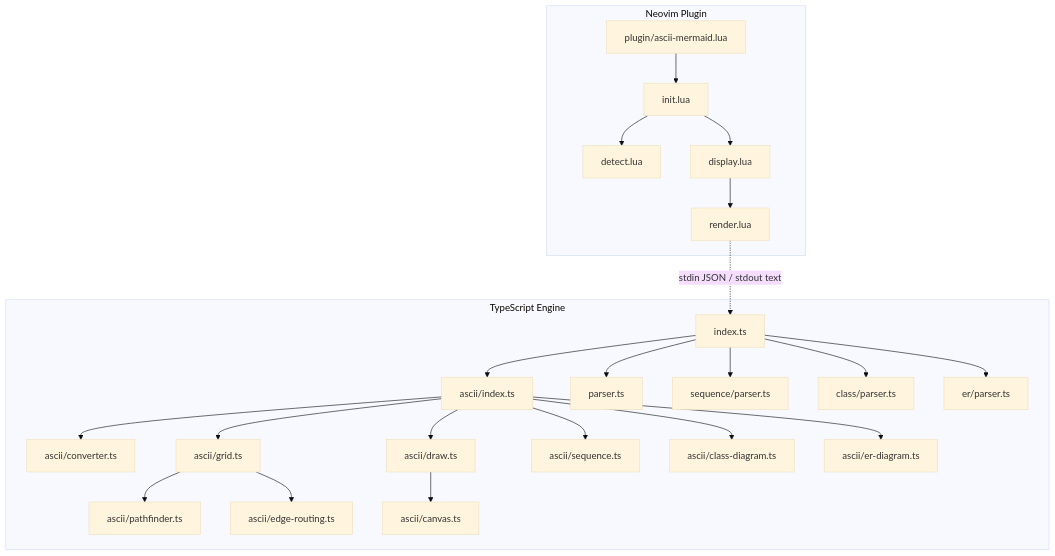
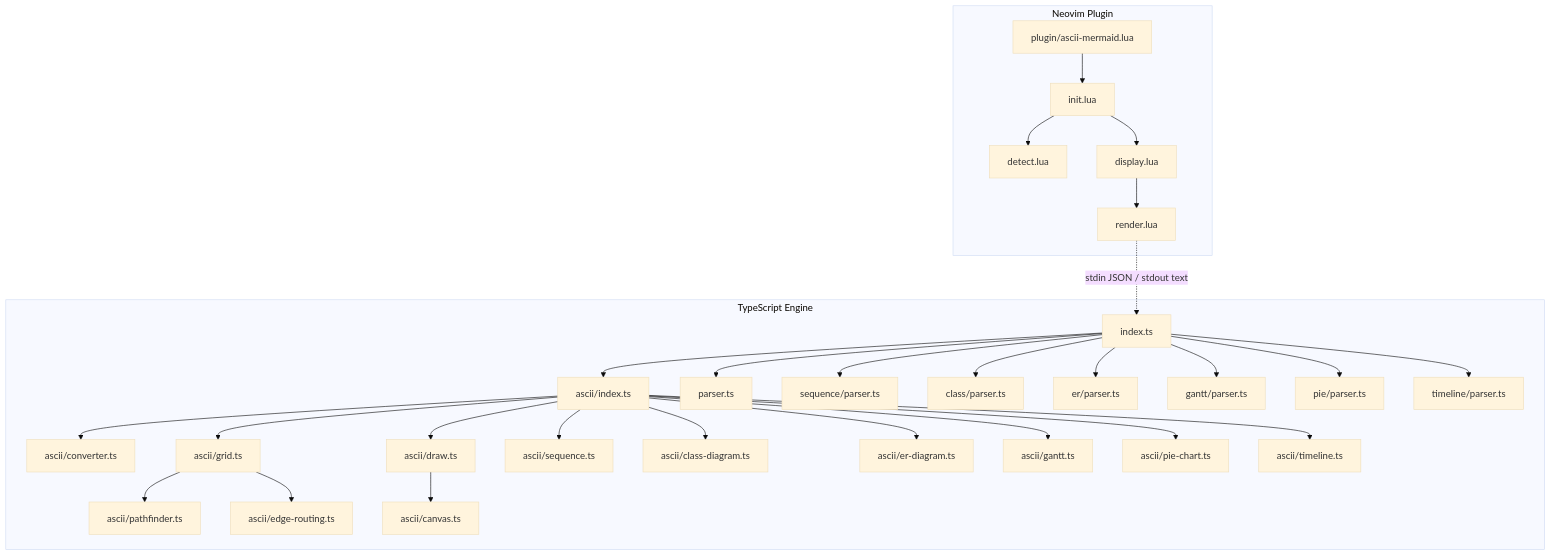
The third of 4 diagrams in docs/architecture.md (yassin2dev/ascii-mermaid), drawn with Mermaid (base theme) before and after one commit. The commit also changed other lines of this file and 9 other files, not shown here.

````diff
--- a/docs/architecture.md
+++ b/docs/architecture.md
@@ -55,31 +55,37 @@
 ```mermaid
 flowchart TD
     subgraph TypeScript Engine
         IDX[index.ts] --> ASCII_IDX[ascii/index.ts]
 
         ASCII_IDX --> CONV[ascii/converter.ts]
         ASCII_IDX --> GRID[ascii/grid.ts]
         ASCII_IDX --> DRAW[ascii/draw.ts]
         ASCII_IDX --> SEQ_R[ascii/sequence.ts]
         ASCII_IDX --> CLS_R[ascii/class-diagram.ts]
         ASCII_IDX --> ER_R[ascii/er-diagram.ts]
+        ASCII_IDX --> GANTT_R[ascii/gantt.ts]
+        ASCII_IDX --> PIE_R[ascii/pie-chart.ts]
+        ASCII_IDX --> TL_R[ascii/timeline.ts]
 
         GRID --> PF[ascii/pathfinder.ts]
         GRID --> ER_ROUTE[ascii/edge-routing.ts]
         DRAW --> CANVAS[ascii/canvas.ts]
 
         IDX --> PARSER[parser.ts]
         IDX --> SEQ_P[sequence/parser.ts]
         IDX --> CLS_P[class/parser.ts]
         IDX --> ER_P[er/parser.ts]
+        IDX --> GANTT_P[gantt/parser.ts]
+        IDX --> PIE_P[pie/parser.ts]
+        IDX --> TL_P[timeline/parser.ts]
     end
 
     subgraph Neovim Plugin
         PLUG[plugin/ascii-mermaid.lua] --> INIT[init.lua]
         INIT --> DETECT[detect.lua]
         INIT --> DISPLAY[display.lua]
         DISPLAY --> RENDER[render.lua]
     end
 
     RENDER -.->|stdin JSON / stdout text| IDX
 ```
````
